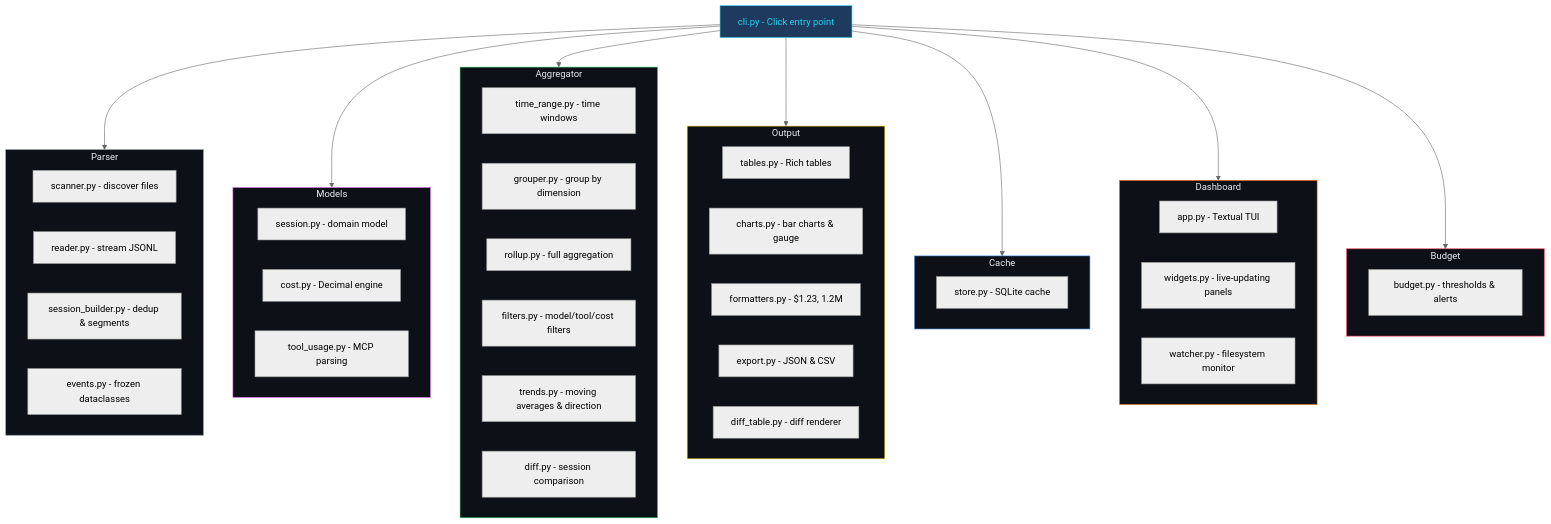
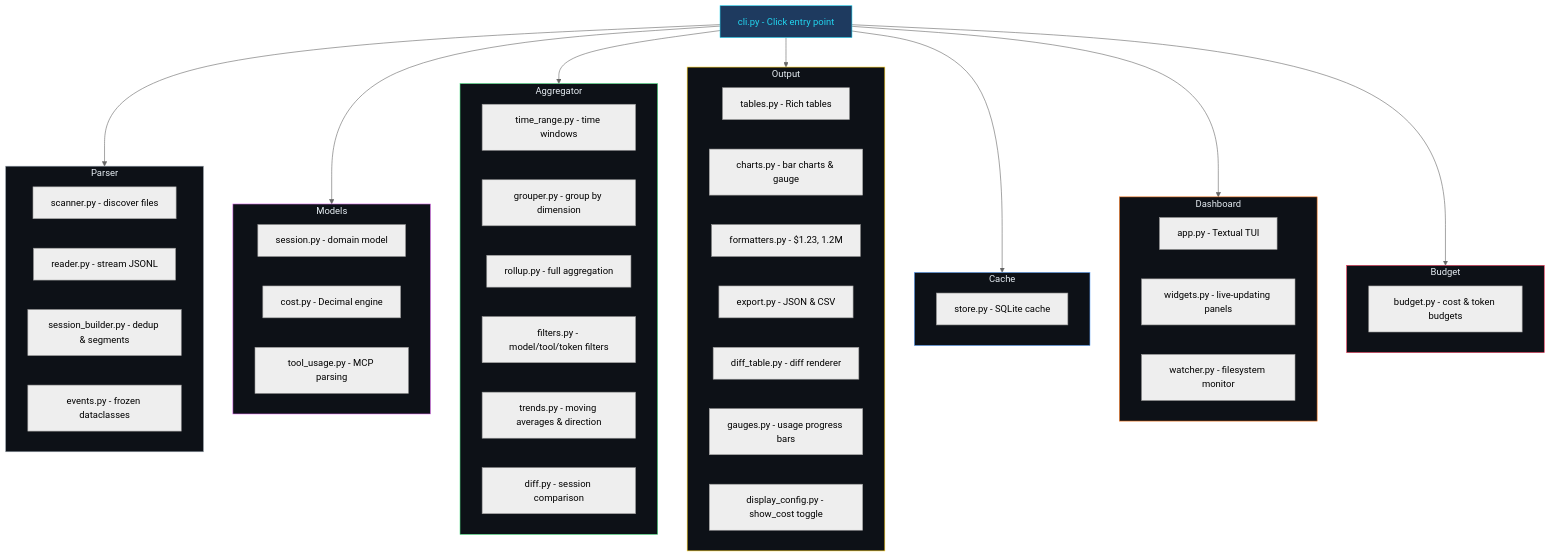
Before and after one commit to MinaSaad1/parsimony: the third of 3 diagrams in README.md, drawn with Mermaid (neutral theme). The commit also changed other lines of this file and 2 other files, not shown here.

First line of the commit message:
docs: rewrite README for v0.3.0 usage-first reframing

````diff
--- a/README.md
+++ b/README.md
@@ -288,63 +342,65 @@
 ```mermaid
 graph TD
     CLI["cli.py - Click entry point"] --> Parser
     CLI --> Models
     CLI --> Aggregator
     CLI --> Output
     CLI --> Cache
     CLI --> Dashboard
     CLI --> Budget
 
     subgraph Parser
         P1["scanner.py - discover files"]
         P2["reader.py - stream JSONL"]
         P3["session_builder.py - dedup & segments"]
         P4["events.py - frozen dataclasses"]
     end
 
     subgraph Models
         M1["session.py - domain model"]
         M2["cost.py - Decimal engine"]
         M3["tool_usage.py - MCP parsing"]
     end
 
     subgraph Aggregator
         A1["time_range.py - time windows"]
         A2["grouper.py - group by dimension"]
         A3["rollup.py - full aggregation"]
-        A4["filters.py - model/tool/cost filters"]
+        A4["filters.py - model/tool/token filters"]
         A5["trends.py - moving averages & direction"]
         A6["diff.py - session comparison"]
     end
 
     subgraph Output
         O1["tables.py - Rich tables"]
         O2["charts.py - bar charts & gauge"]
         O3["formatters.py - $1.23, 1.2M"]
         O4["export.py - JSON & CSV"]
         O5["diff_table.py - diff renderer"]
+        O6["gauges.py - usage progress bars"]
+        O7["display_config.py - show_cost toggle"]
     end
 
     subgraph Dashboard
         D1["app.py - Textual TUI"]
         D2["widgets.py - live-updating panels"]
         D3["watcher.py - filesystem monitor"]
     end
 
     subgraph Budget
-        B1["budget.py - thresholds & alerts"]
+        B1["budget.py - cost & token budgets"]
     end
 
     subgraph Cache
         C1["store.py - SQLite cache"]
     end
 
     style CLI fill:#1e3a5f,stroke:#22d3ee,color:#22d3ee
     style Parser fill:#0d1117,stroke:#8b949e,color:#e6edf3
     style Models fill:#0d1117,stroke:#e879f9,color:#e6edf3
     style Aggregator fill:#0d1117,stroke:#4ade80,color:#e6edf3
     style Output fill:#0d1117,stroke:#facc15,color:#e6edf3
     style Dashboard fill:#0d1117,stroke:#f97316,color:#e6edf3
     style Budget fill:#0d1117,stroke:#f43f5e,color:#e6edf3
     style Cache fill:#0d1117,stroke:#60a5fa,color:#e6edf3
 ```
````
